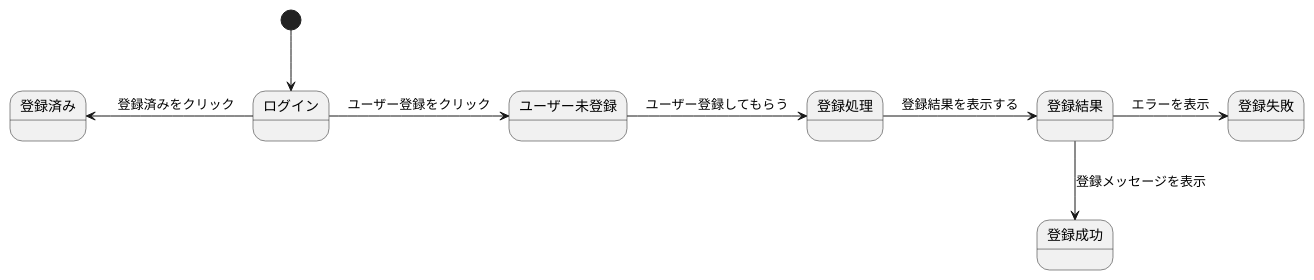
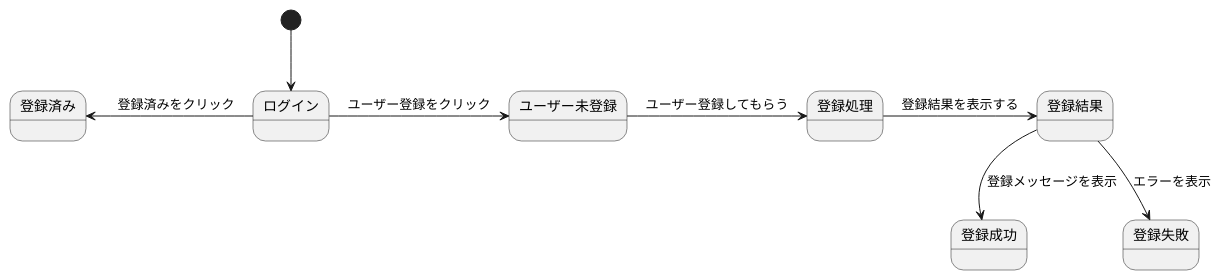
The diagram in b.md (Aso2001196/2021sys-design), drawn with PlantUML before and after one commit.

````diff
--- a/b.md
+++ b/b.md
@@ -1,11 +1,11 @@
 ```uml
 @startuml
 [*]-->ログイン
 ログイン-> ユーザー未登録 : ユーザー登録をクリック
 ログイン-left-> 登録済み :　登録済みをクリック
 ユーザー未登録-> 登録処理 : ユーザー登録してもらう
 登録処理-> 登録結果 : 登録結果を表示する
 登録結果-down-> 登録成功 : 登録メッセージを表示
-登録結果-> 登録失敗 : エラーを表示
+登録結果-down-> 登録失敗 : エラーを表示
 @enduml
 ```
````
